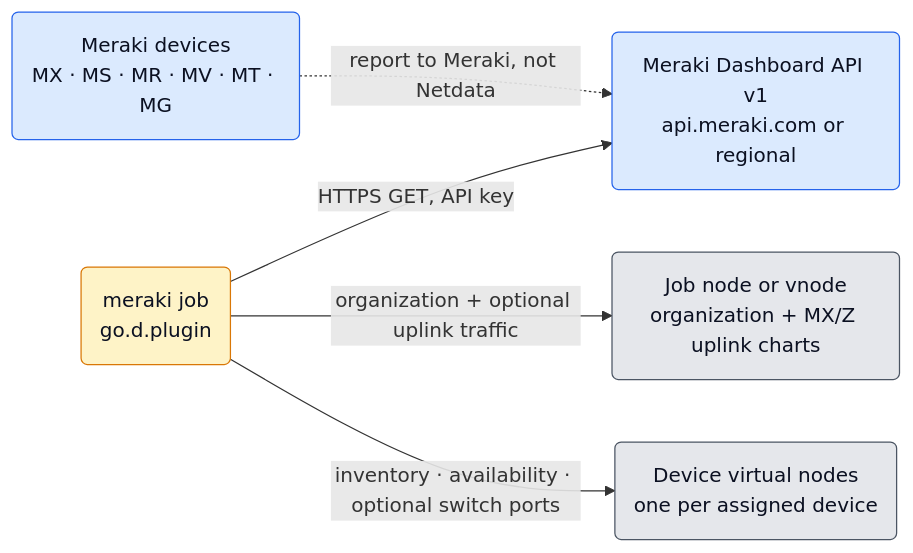
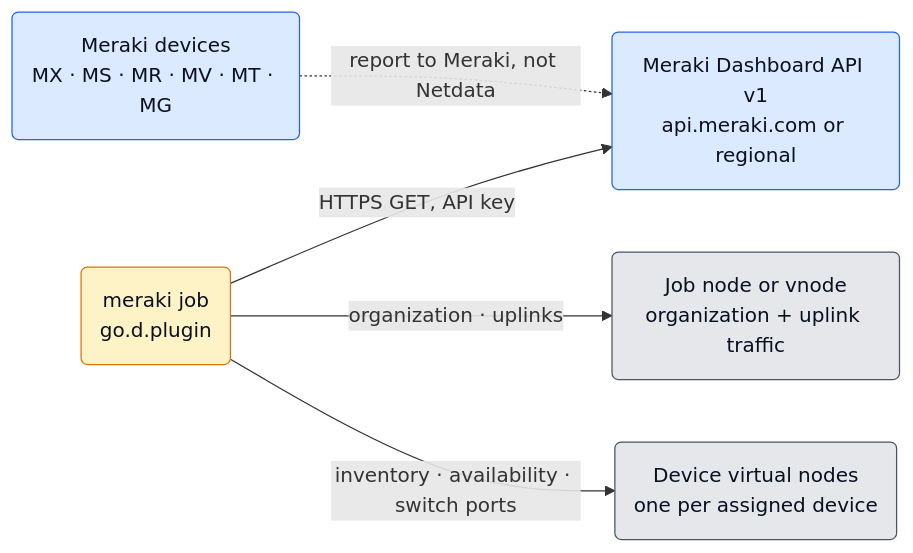
The first of 4 diagrams in src/go/plugin/go.d/collector/meraki/ARCHITECTURE.md (netdata/netdata), drawn with Mermaid before and after one commit. The commit also changed other lines of this file, not shown here.

First line of the commit message:
docs(go.d/meraki): weave traffic into the ARCHITECTURE.md journey

````diff
--- a/src/go/plugin/go.d/collector/meraki/ARCHITECTURE.md
+++ b/src/go/plugin/go.d/collector/meraki/ARCHITECTURE.md
@@ -60,20 +64,20 @@
 ```mermaid
 flowchart LR
     Devices("Meraki devices<br/>MX · MS · MR · MV · MT · MG")
     Cloud("Meraki Dashboard API v1<br/>api.meraki.com or regional")
     Job("meraki job<br/>go.d.plugin")
-    JobNode("Job node or vnode<br/>organization + MX/Z uplink charts")
+    JobNode("Job node or vnode<br/>organization + uplink traffic")
     DevNodes("Device virtual nodes<br/>one per assigned device")
 
     Devices -.->|"report to Meraki, not Netdata"| Cloud
     Job -->|"HTTPS GET, API key"| Cloud
-    Job -->|"organization + optional uplink traffic"| JobNode
-    Job -->|"inventory · availability · optional switch ports"| DevNodes
+    Job -->|"organization · uplinks"| JobNode
+    Job -->|"inventory · availability · switch ports"| DevNodes
 
     classDef ext fill:#dbeafe,stroke:#2563eb,color:#0b1021;
     classDef core fill:#fef3c7,stroke:#d97706,color:#0b1021;
     classDef out fill:#e5e7eb,stroke:#4b5563,color:#0b1021;
     class Devices,Cloud ext;
     class Job core;
     class JobNode,DevNodes out;
 ```
````
